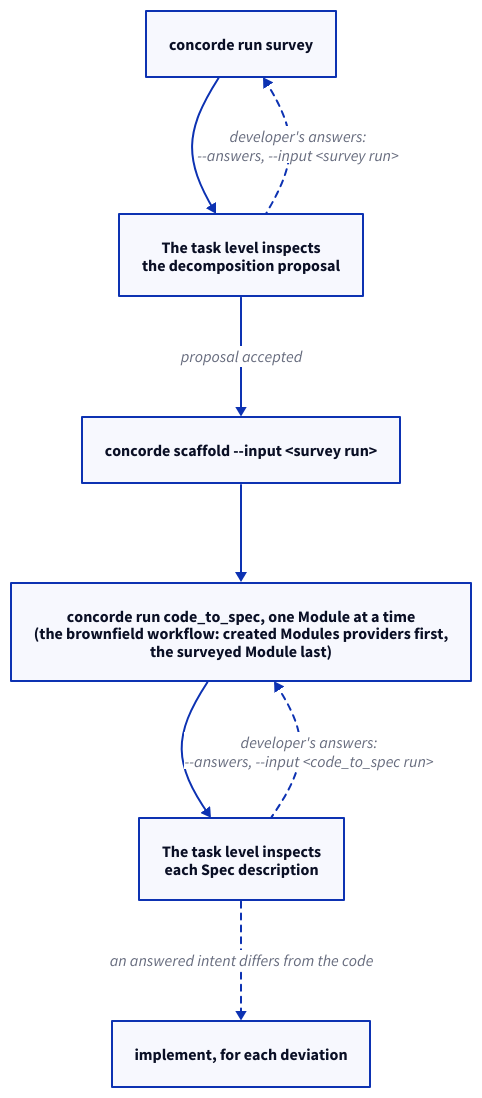
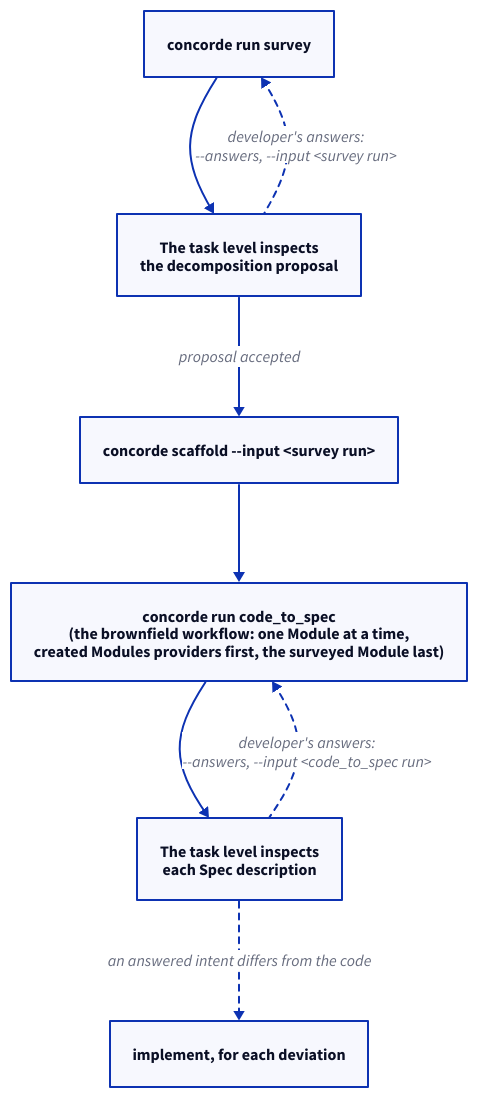
One commit to FTOD/concorde changed the first of 3 diagrams in specs/concorde/execution/operations/adoption/module.md. Above: the diagram before and after it, drawn with D2. The commit also changed 3 other files, not shown here.

First line of the commit message:
Operations: correct the panel-review diagrams after review

````diff
--- a/specs/concorde/execution/operations/adoption/module.md
+++ b/specs/concorde/execution/operations/adoption/module.md
@@ -40,15 +40,15 @@
 ```d2 illustrative
 direction: down
 survey: "concorde run survey"
 inspect: "The task level inspects\nthe decomposition proposal"
 scaffold: "concorde scaffold --input <survey run>"
-describe: "concorde run code_to_spec, one Module at a time\n(the brownfield workflow: created Modules providers first,\nthe surveyed Module last)"
+describe: "concorde run code_to_spec\n(the brownfield workflow: one Module at a time,\ncreated Modules providers first, the surveyed Module last)"
 review: "The task level inspects\neach Spec description"
 implement: "implement, for each deviation"
 survey -> inspect
 survey <- inspect: "developer's answers:\n--answers, --input <survey run>" {style.stroke-dash: 3}
 inspect -> scaffold: proposal accepted
 scaffold -> describe -> review
 describe <- review: "developer's answers:\n--answers, --input <code_to_spec run>" {style.stroke-dash: 3}
 review -> implement: an answered intent differs from the code {style.stroke-dash: 3}
 ```
````
